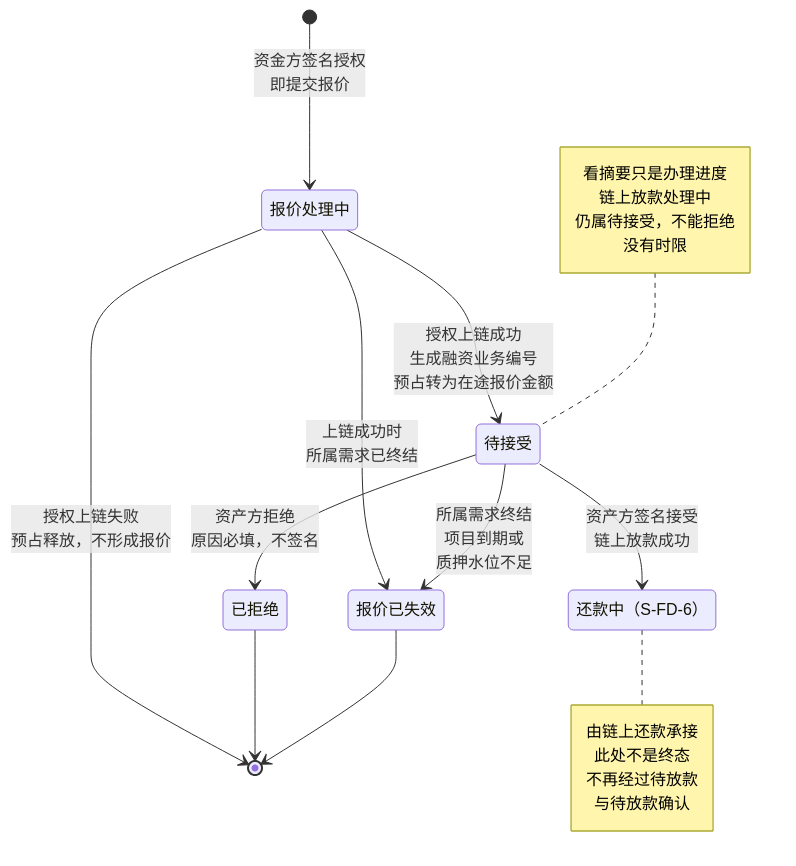
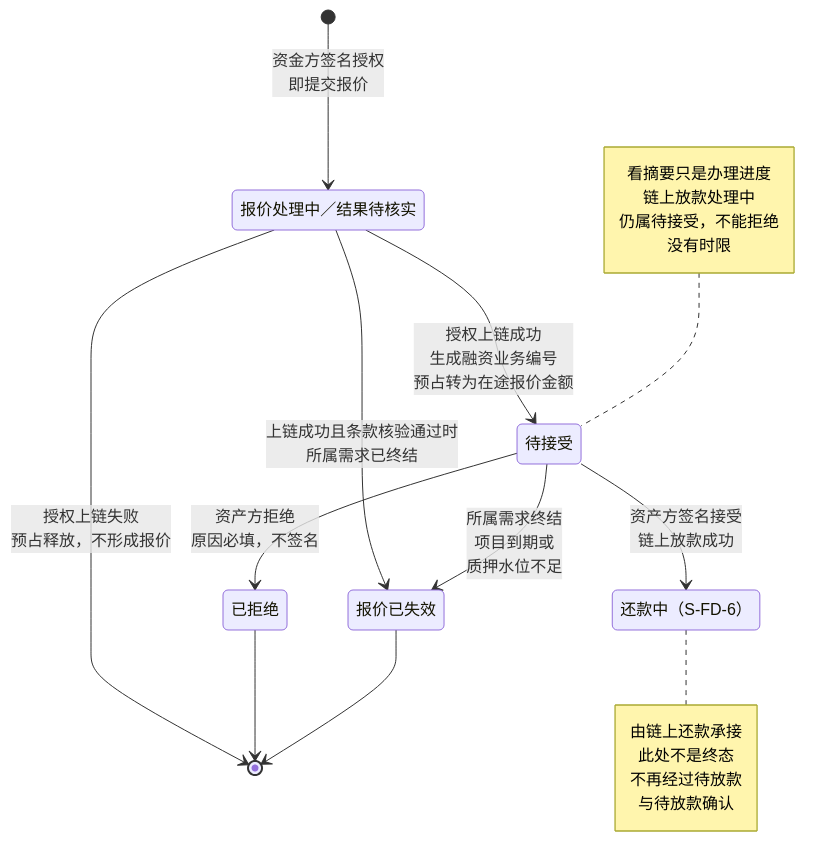
Before and after one commit to wxblockchain/Chain-Financing: the eighth of 10 diagrams in lending-platform/PRD/面客端/06-借贷广场-授信报价与接受拒绝/02-授信报价与接受拒绝-流程图与状态机.md, drawn with Mermaid. The commit also changed other lines of this file and 3 other files, not shown here.

````diff
--- a/lending-platform/PRD/面客端/06-借贷广场-授信报价与接受拒绝/02-授信报价与接受拒绝-流程图与状态机.md
+++ b/lending-platform/PRD/面客端/06-借贷广场-授信报价与接受拒绝/02-授信报价与接受拒绝-流程图与状态机.md
@@ -215,29 +231,29 @@
 ```mermaid
 stateDiagram-v2
-  state "报价处理中" as PENDING
+  state "报价处理中／结果待核实" as PENDING
   state "待接受" as WAIT
   state "已拒绝" as REJECTED
   state "报价已失效" as EXPIRED
   state "还款中（S-FD-6）" as FUNDING
   [*] --> PENDING: 资金方签名授权<br/>即提交报价
   PENDING --> [*]: 授权上链失败<br/>预占释放，不形成报价
   PENDING --> WAIT: 授权上链成功<br/>生成融资业务编号<br/>预占转为在途报价金额
-  PENDING --> EXPIRED: 上链成功时<br/>所属需求已终结
+  PENDING --> EXPIRED: 上链成功且条款核验通过时<br/>所属需求已终结
   WAIT --> REJECTED: 资产方拒绝<br/>原因必填，不签名
   WAIT --> EXPIRED: 所属需求终结<br/>项目到期或<br/>质押水位不足
   WAIT --> FUNDING: 资产方签名接受<br/>链上放款成功
   REJECTED --> [*]
   EXPIRED --> [*]
   note left of WAIT
     看摘要只是办理进度
     链上放款处理中
     仍属待接受，不能拒绝
     没有时限
   end note
   note right of FUNDING
     由链上还款承接
     此处不是终态
     不再经过待放款
     与待放款确认
   end note
 ```
````
